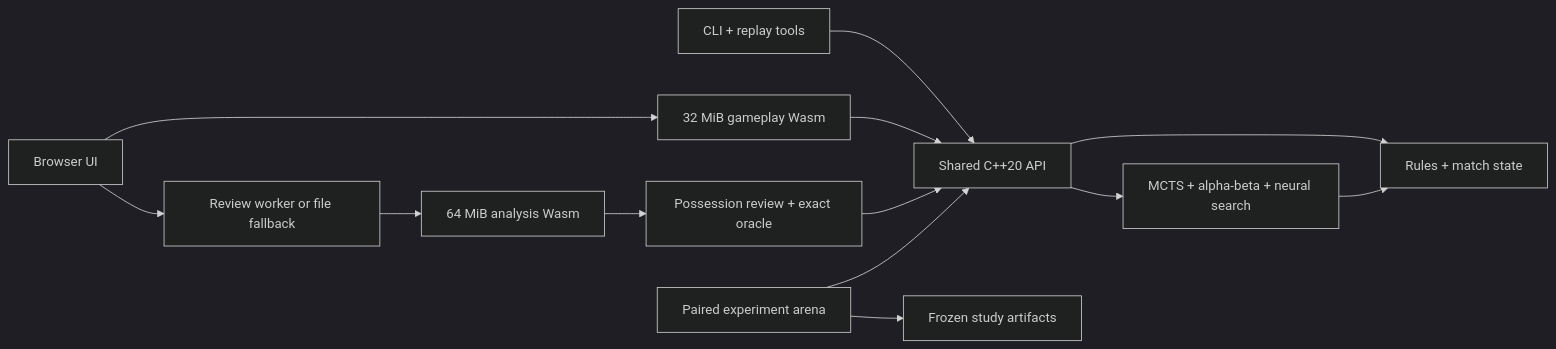
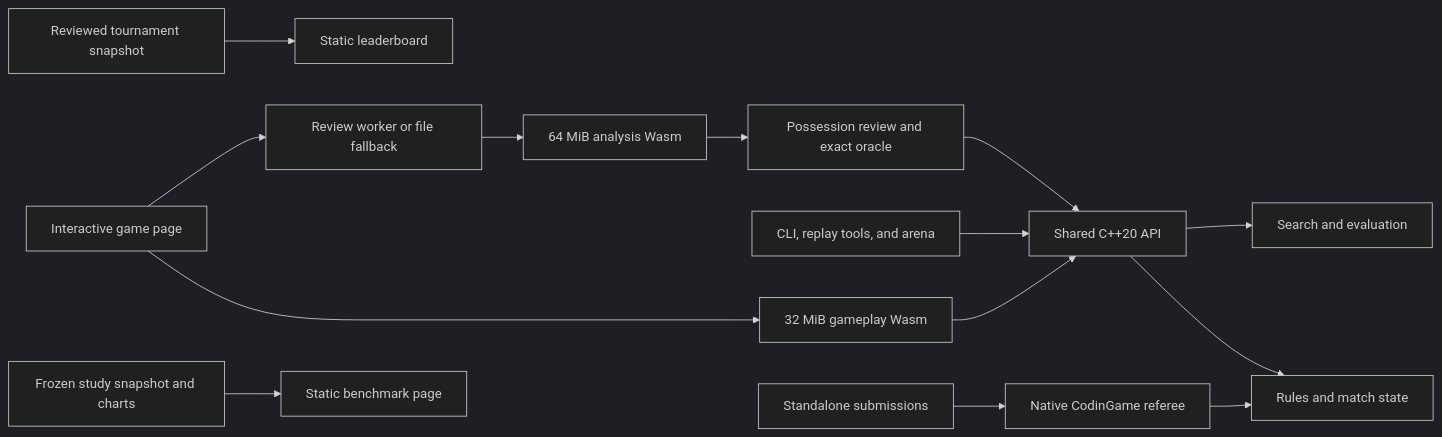
The diagram in README.md (Lecorbio/paper-soccer-strategy-engine), drawn with Mermaid (dark theme) before and after one commit. The commit also changed other lines of this file and 18 other files, not shown here.

````diff
--- a/README.md
+++ b/README.md
@@ -92,15 +77,16 @@
 ```mermaid
 flowchart LR
-    Browser["Browser UI"] --> Wasm["32 MiB gameplay Wasm"]
-    Browser --> ReviewWorker["Review worker or file fallback"]
-    ReviewWorker --> AnalysisWasm["64 MiB analysis Wasm"]
-    CLI["CLI + replay tools"] --> API["Shared C++20 API"]
-    Wasm --> API
-    AnalysisWasm --> Review["Possession review + exact oracle"]
+    Game[Interactive game page] --> GameplayWasm[32 MiB gameplay Wasm]
+    Game --> ReviewWorker[Review worker or file fallback]
+    ReviewWorker --> AnalysisWasm[64 MiB analysis Wasm]
+    Tournament[Reviewed tournament snapshot] --> Leaderboard[Static leaderboard]
+    Study[Frozen study snapshot and charts] --> Benchmarks[Static benchmark page]
+    CLI[CLI, replay tools, and arena] --> API[Shared C++20 API]
+    GameplayWasm --> API
+    AnalysisWasm --> Review[Possession review and exact oracle]
     Review --> API
-    Arena["Paired experiment arena"] --> API
-    API --> Core["Rules + match state"]
-    API --> Search["MCTS + alpha-beta + neural search"]
-    Search --> Core
-    Arena --> Evidence["Frozen study artifacts"]
+    API --> Core[Rules and match state]
+    API --> Search[Search and evaluation]
+    Submissions[Standalone submissions] --> Referee[Native CodinGame referee]
+    Referee --> Core
 ```
````
